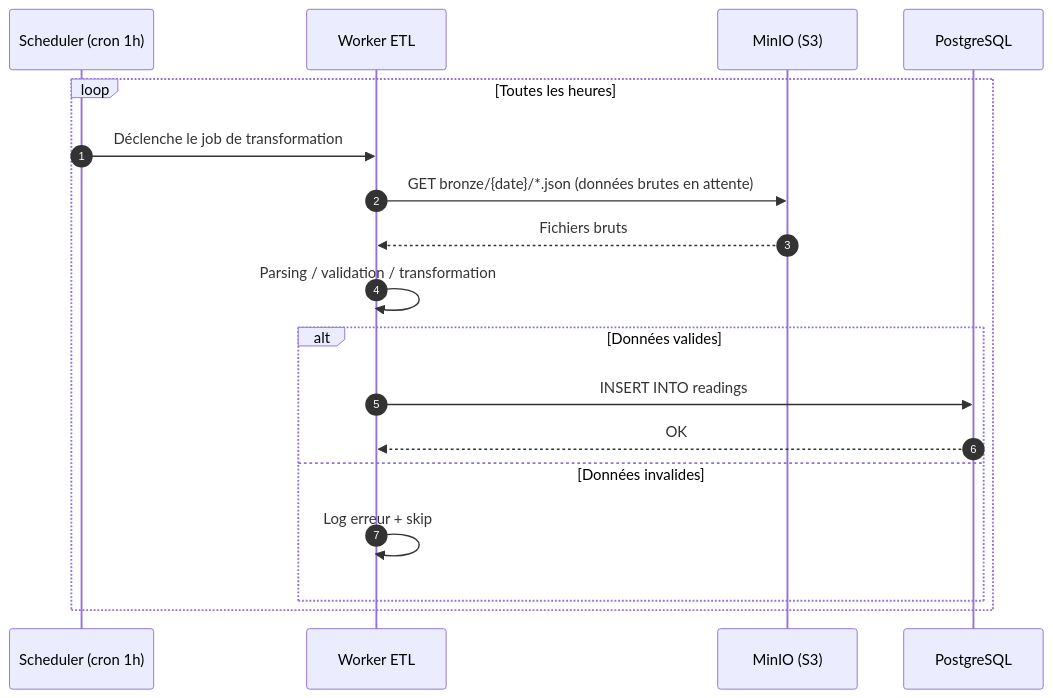
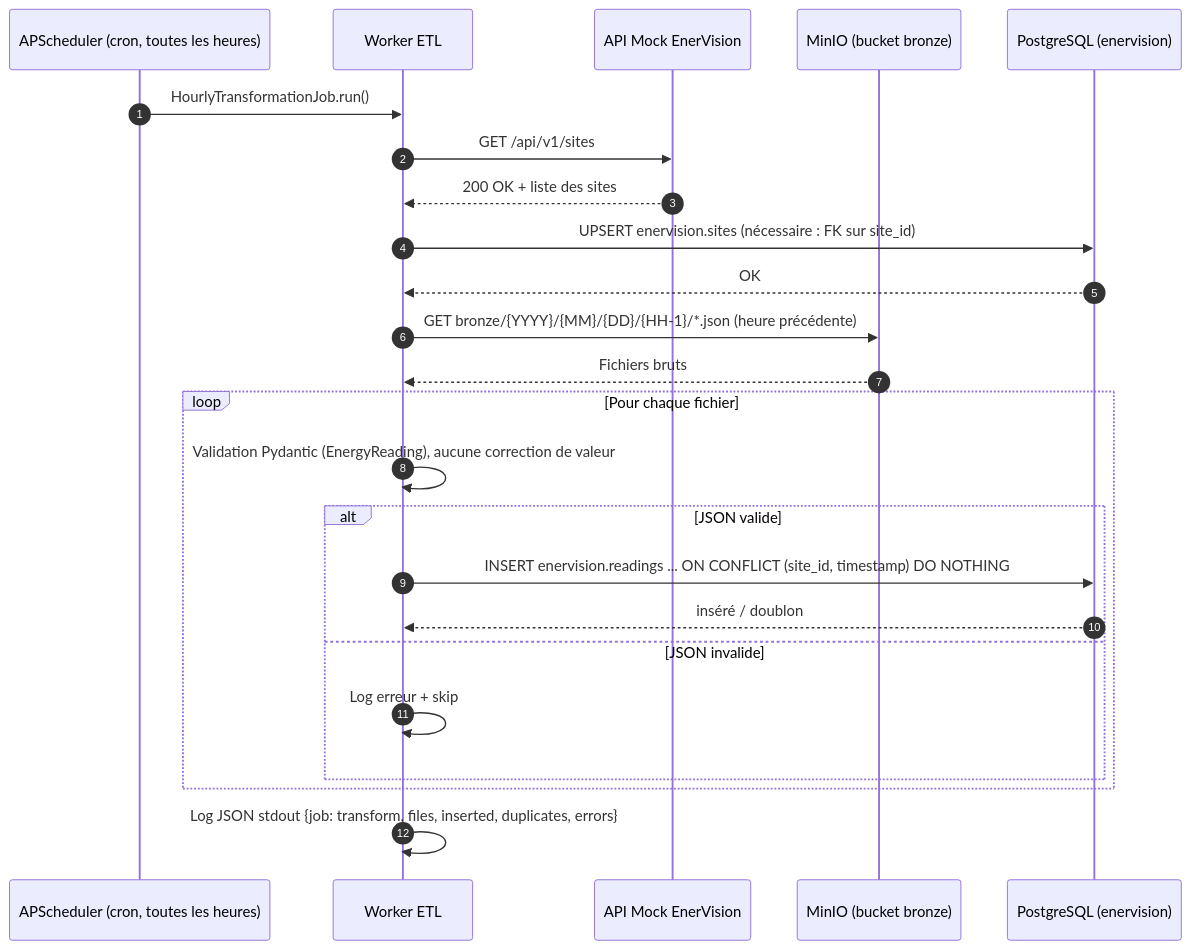
The second of 2 diagrams in docs/seq_etl.md (PetitPingu/EnerVision), drawn with Mermaid before and after one commit. The commit also changed other lines of this file, not shown here.

Commit message:
Corriger seq_etl.md pour refléter l'implémentation réelle
Endpoints exacts (GET /sites puis /sites/{id}/current, pas
/readings?limit=7), bucket bronze (pas raw/), table enervision.readings
(pas consumption_readings), synchronisation des sites avant transformation
(FK), idempotence ON CONFLICT DO NOTHING, et ajout de Redis Streams
(reading.ingested) entièrement absent du diagramme d'origine.

````diff
--- a/docs/seq_etl.md
+++ b/docs/seq_etl.md
@@ -57,21 +55,30 @@
 ```mermaid
 sequenceDiagram
     autonumber
-    participant Cron as Scheduler (cron 1h)
+    participant Cron as APScheduler (cron, toutes les heures)
     participant Worker as Worker ETL
-    participant MinIO as MinIO (S3)
-    participant PG as PostgreSQL
- 
-    loop Toutes les heures
-        Cron->>Worker: Déclenche le job de transformation
-        Worker->>MinIO: GET bronze/{date}/*.json (données brutes en attente)
-        MinIO-->>Worker: Fichiers bruts
-        Worker->>Worker: Parsing / validation / transformation
-        alt Données valides
-            Worker->>PG: INSERT INTO readings
-            PG-->>Worker: OK
-        else Données invalides
+    participant Mock as API Mock EnerVision
+    participant MinIO as MinIO (bucket bronze)
+    participant PG as PostgreSQL (enervision)
+
+    Cron->>Worker: HourlyTransformationJob.run()
+    Worker->>Mock: GET /api/v1/sites
+    Mock-->>Worker: 200 OK + liste des sites
+    Worker->>PG: UPSERT enervision.sites (nécessaire : FK sur site_id)
+    PG-->>Worker: OK
+
+    Worker->>MinIO: GET bronze/{YYYY}/{MM}/{DD}/{HH-1}/*.json (heure précédente)
+    MinIO-->>Worker: Fichiers bruts
+
+    loop Pour chaque fichier
+        Worker->>Worker: Validation Pydantic (EnergyReading), aucune correction de valeur
+        alt JSON valide
+            Worker->>PG: INSERT enervision.readings ... ON CONFLICT (site_id, timestamp) DO NOTHING
+            PG-->>Worker: inséré / doublon
+        else JSON invalide
             Worker->>Worker: Log erreur + skip
         end
     end
+
+    Worker->>Worker: Log JSON stdout {job: transform, files, inserted, duplicates, errors}
 ```
````
